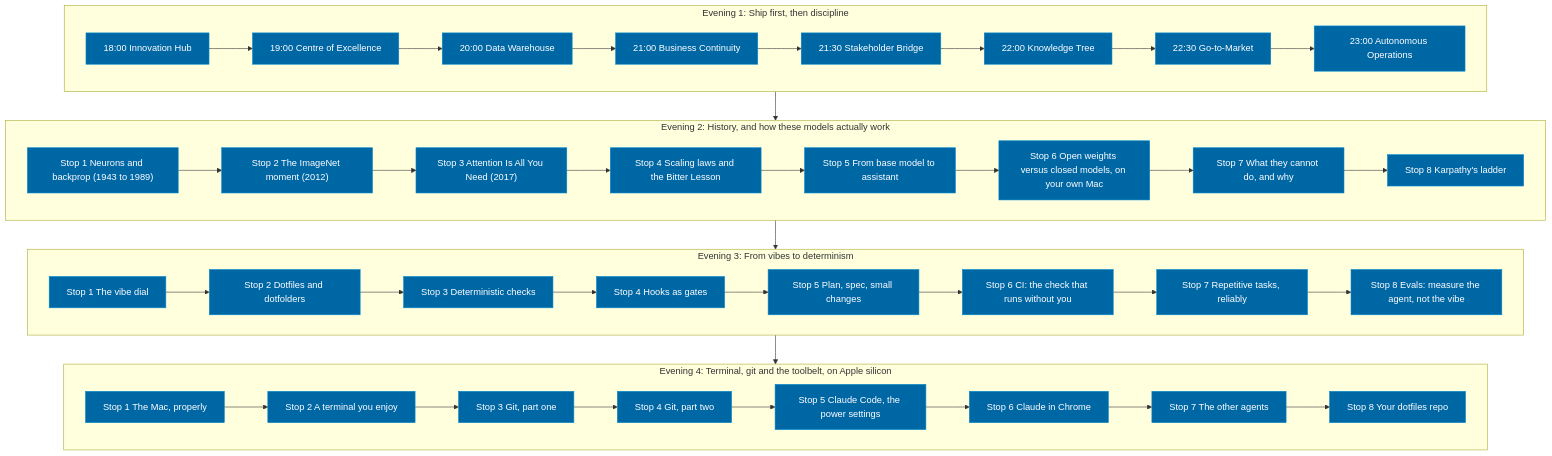
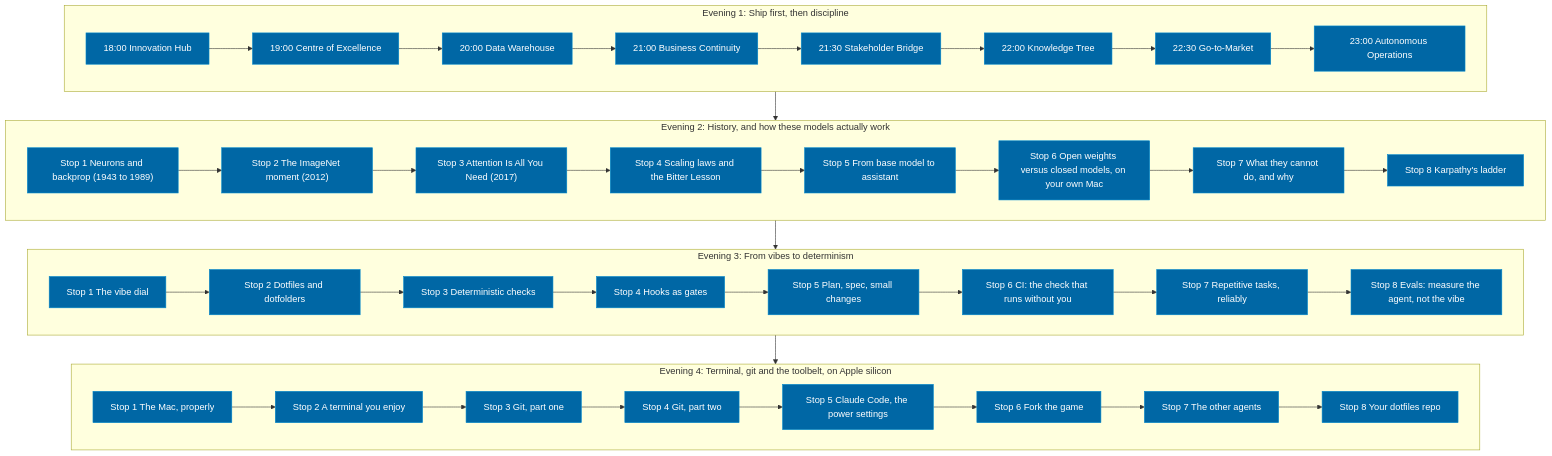
The first of 2 diagrams in vault/Camp/Map.md (tpetedb/vibe-map), drawn with Mermaid before and after one commit. The commit also changed 13 other files, not shown here.

````diff
--- a/vault/Camp/Map.md
+++ b/vault/Camp/Map.md
@@ -10,58 +10,58 @@
 ```mermaid
 flowchart TD
   subgraph E0["Evening 1: Ship first, then discipline"]
     c0["18:00 Innovation Hub"]
     c1["19:00 Centre of Excellence"]
     c2["20:00 Data Warehouse"]
     c3["21:00 Business Continuity"]
     c4["21:30 Stakeholder Bridge"]
     c5["22:00 Knowledge Tree"]
     c6["22:30 Go-to-Market"]
     c7["23:00 Autonomous Operations"]
     c0 --> c1 --> c2 --> c3 --> c4 --> c5 --> c6 --> c7
   end
   subgraph E1["Evening 2: History, and how these models actually work"]
     w0["Stop 1 Neurons and backprop (1943 to 1989)"]
     w1["Stop 2 The ImageNet moment (2012)"]
     w2["Stop 3 Attention Is All You Need (2017)"]
     w3["Stop 4 Scaling laws and the Bitter Lesson"]
     w4["Stop 5 From base model to assistant"]
     w5["Stop 6 Open weights versus closed models, on your own Mac"]
     w6["Stop 7 What they cannot do, and why"]
     w7["Stop 8 Karpathy's ladder"]
     w0 --> w1 --> w2 --> w3 --> w4 --> w5 --> w6 --> w7
   end
   subgraph E2["Evening 3: From vibes to determinism"]
     d0["Stop 1 The vibe dial"]
     d1["Stop 2 Dotfiles and dotfolders"]
     d2["Stop 3 Deterministic checks"]
     d3["Stop 4 Hooks as gates"]
     d4["Stop 5 Plan, spec, small changes"]
     d5["Stop 6 CI: the check that runs without you"]
     d6["Stop 7 Repetitive tasks, reliably"]
     d7["Stop 8 Evals: measure the agent, not the vibe"]
     d0 --> d1 --> d2 --> d3 --> d4 --> d5 --> d6 --> d7
   end
   subgraph E3["Evening 4: Terminal, git and the toolbelt, on Apple silicon"]
     p0["Stop 1 The Mac, properly"]
     p1["Stop 2 A terminal you enjoy"]
     p2["Stop 3 Git, part one"]
     p3["Stop 4 Git, part two"]
     p4["Stop 5 Claude Code, the power settings"]
-    p5["Stop 6 Claude in Chrome"]
+    p5["Stop 6 Fork the game"]
     p6["Stop 7 The other agents"]
     p7["Stop 8 Your dotfiles repo"]
     p0 --> p1 --> p2 --> p3 --> p4 --> p5 --> p6 --> p7
   end
   E0 --> E1
   E1 --> E2
   E2 --> E3
   class c0,c1,c2,c3,c4,c5,c6,c7 todo
   class w0,w1,w2,w3,w4,w5,w6,w7 todo
   class d0,d1,d2,d3,d4,d5,d6,d7 todo
   class p0,p1,p2,p3,p4,p5,p6,p7 todo
   classDef done fill:#00A86B,stroke:#00D084,color:#000000
   classDef todo fill:#0067A5,stroke:#0088CC,color:#FFFFFF
   classDef deep fill:#FFBF00,stroke:#FFD500,color:#000000
   classDef skip fill:#D32F2F,stroke:#F04923,color:#FFFFFF
 ```
````
